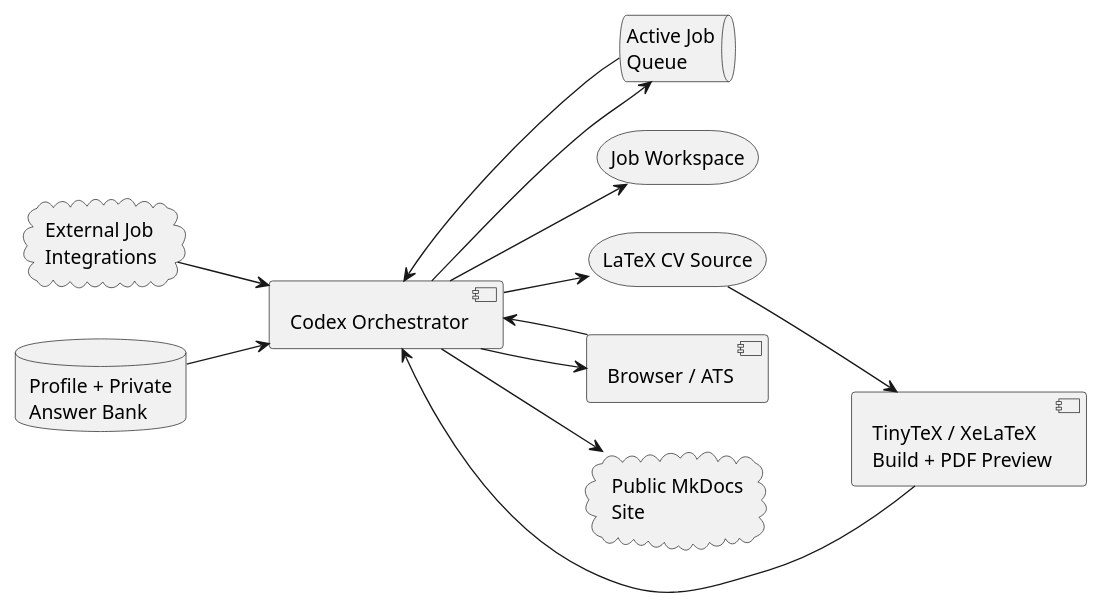
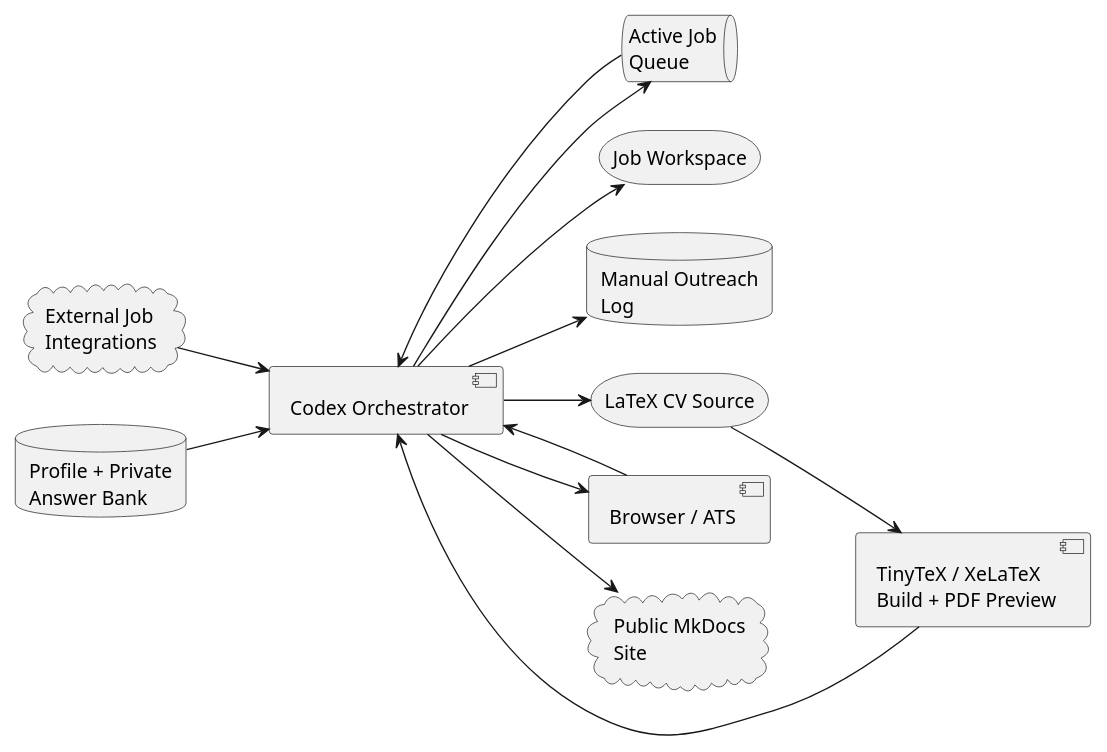
One commit to ddm18/codex-managed-application-workflow changed the diagram in docs/architecture.md. Above: the diagram before and after it, drawn with PlantUML. The commit also changed other lines of this file and 5 other files, not shown here.

````diff
--- a/docs/architecture.md
+++ b/docs/architecture.md
@@ -9,28 +9,30 @@
 ```plantuml
 @startuml
 left to right direction
 scale 0.92
 
 cloud "External Job\nIntegrations" as JOBS
 database "Profile + Private\nAnswer Bank" as DATA
 queue "Active Job\nQueue" as QUEUE
 component "Codex Orchestrator" as CODEX
 storage "Job Workspace" as APPS
+database "Manual Outreach\nLog" as OUTREACH
 storage "LaTeX CV Source" as CV
 component "TinyTeX / XeLaTeX\nBuild + PDF Preview" as TEX
 component "Browser / ATS" as BROWSER
 cloud "Public MkDocs\nSite" as DOCS
 
 JOBS --> CODEX
 CODEX --> QUEUE
 QUEUE --> CODEX
 DATA --> CODEX
 CODEX --> APPS
+CODEX --> OUTREACH
 CODEX --> CV
 CV --> TEX
 TEX --> CODEX
 CODEX --> BROWSER
 BROWSER --> CODEX
 CODEX --> DOCS
 @enduml
 ```
````
